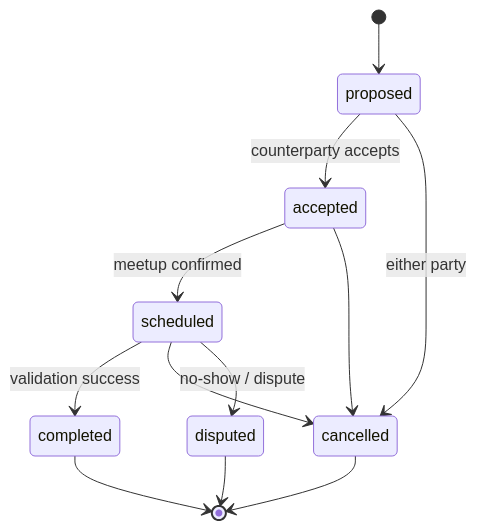
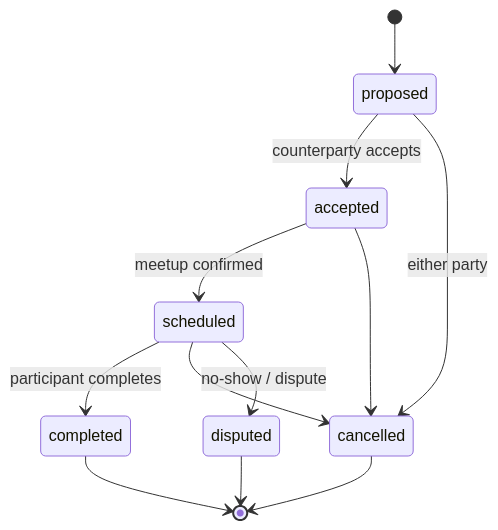
The diagram in docs/trade_module.md (bieniucieniu/zula), drawn with Mermaid before and after one commit. The commit also changed other lines of this file and 21 other files, not shown here.

````diff
--- a/docs/trade_module.md
+++ b/docs/trade_module.md
@@ -48,14 +50,14 @@
 ```mermaid
 stateDiagram-v2
     [*] --> proposed
     proposed --> accepted: counterparty accepts
     proposed --> cancelled: either party
     accepted --> scheduled: meetup confirmed
     accepted --> cancelled
-    scheduled --> completed: validation success
+    scheduled --> completed: participant completes
     scheduled --> cancelled
     scheduled --> disputed: no-show / dispute
     completed --> [*]
     cancelled --> [*]
     disputed --> [*]
 ```
````
